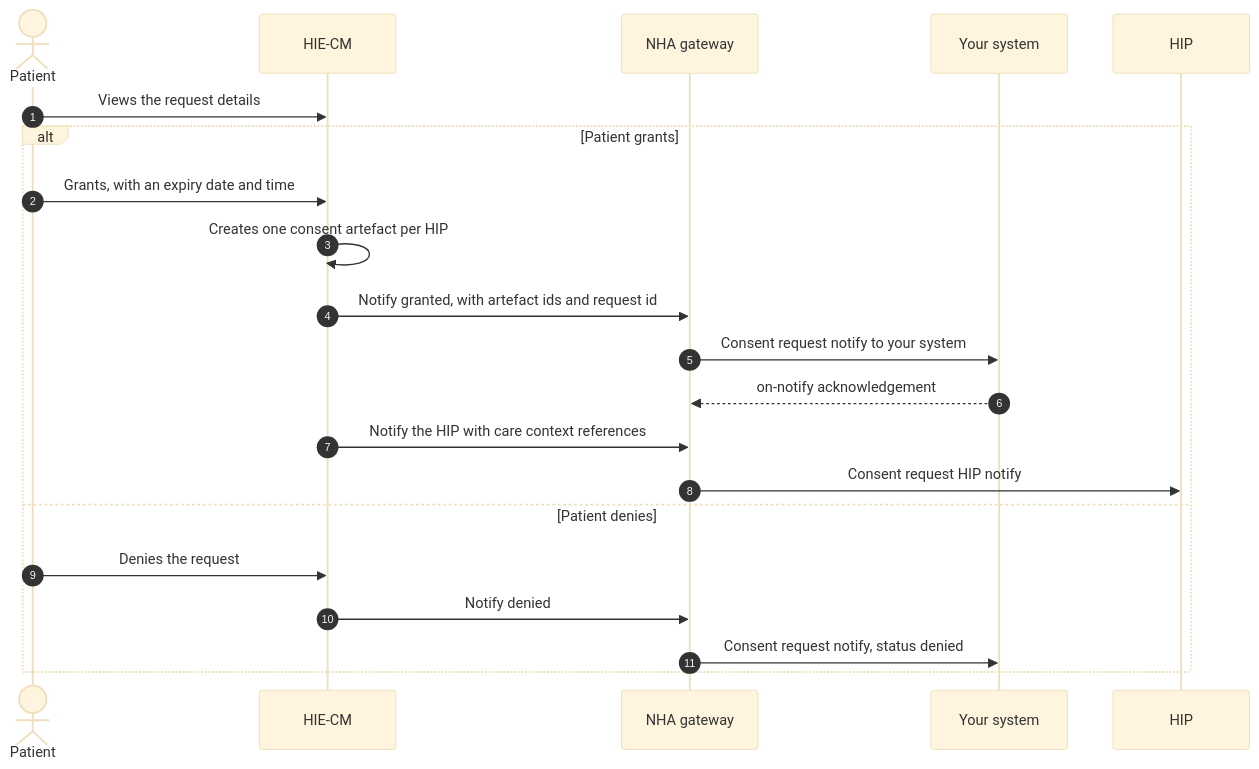
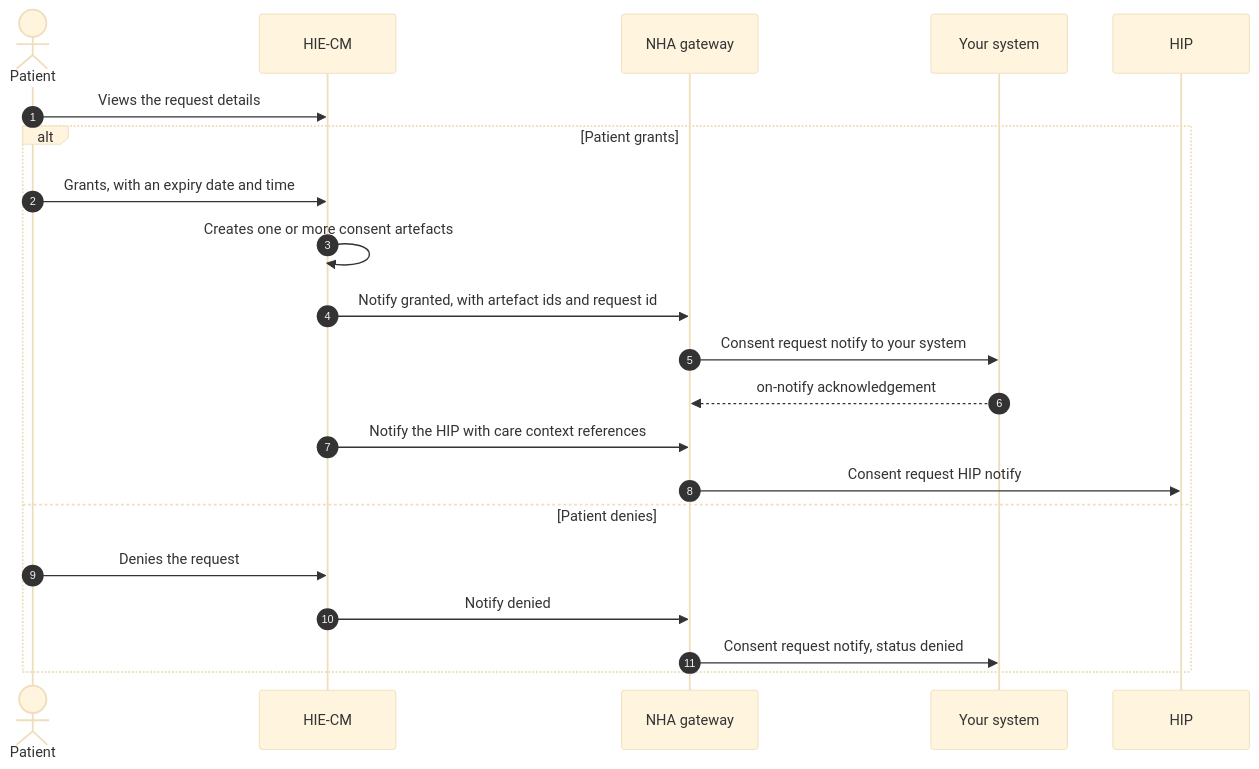
One commit to nha-in/docs changed the second of 3 diagrams in site/docs/hiecm/v3/api/m3/user-journey.md. Above: the diagram before and after it, drawn with Mermaid (base theme). The commit also changed other lines of this file and 5 other files, not shown here.

First line of the commit message:
fix: stale M3 hash, unsupported frequency claims, and an unsourced M3 diagram detail

````diff
--- a/site/docs/hiecm/v3/api/m3/user-journey.md
+++ b/site/docs/hiecm/v3/api/m3/user-journey.md
@@ -52,23 +52,23 @@
 ```mermaid
 sequenceDiagram
     autonumber
     actor P as Patient
     participant C as HIE-CM
     participant G as NHA gateway
     participant S as Your system
     participant H as HIP
     P->>C: Views the request details
     alt Patient grants
         P->>C: Grants, with an expiry date and time
-        C->>C: Creates one consent artefact per HIP
+        C->>C: Creates one or more consent artefacts
         C->>G: Notify granted, with artefact ids and request id
         G->>S: Consent request notify to your system
         S-->>G: on-notify acknowledgement
         C->>G: Notify the HIP with care context references
         G->>H: Consent request HIP notify
     else Patient denies
         P->>C: Denies the request
         C->>G: Notify denied
         G->>S: Consent request notify, status denied
     end
 ```
````
